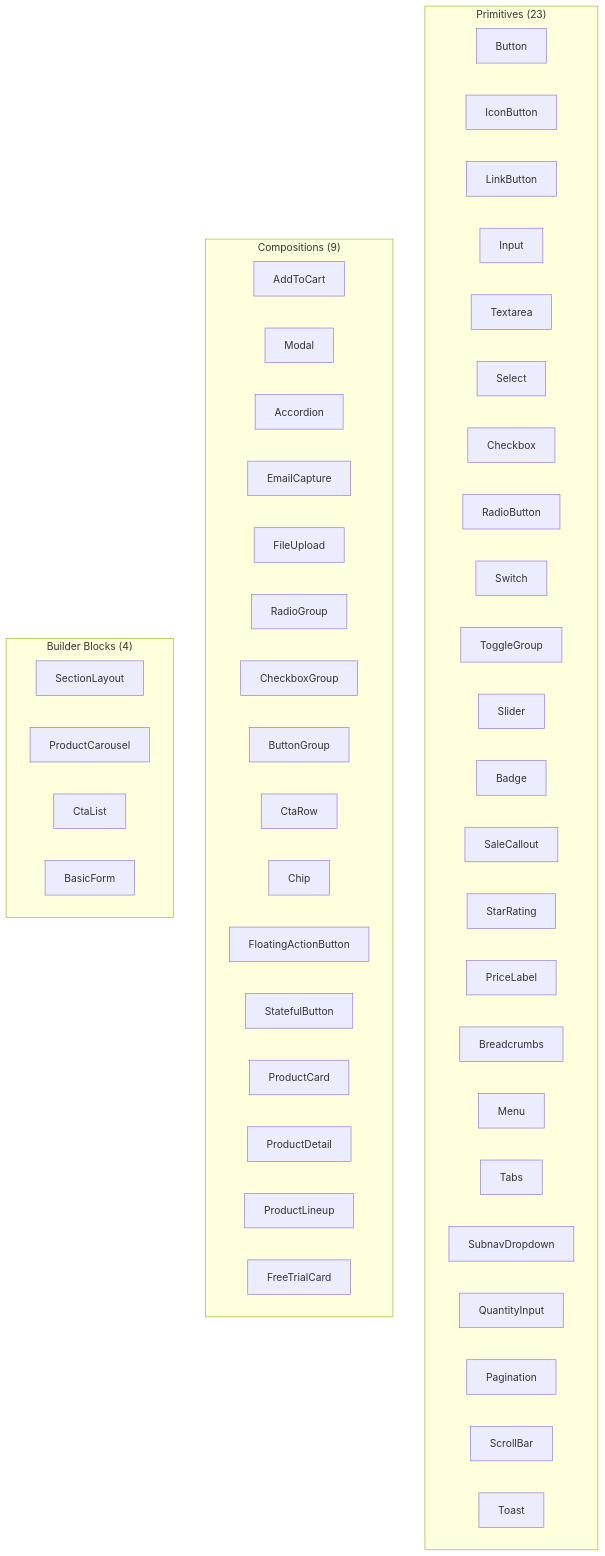
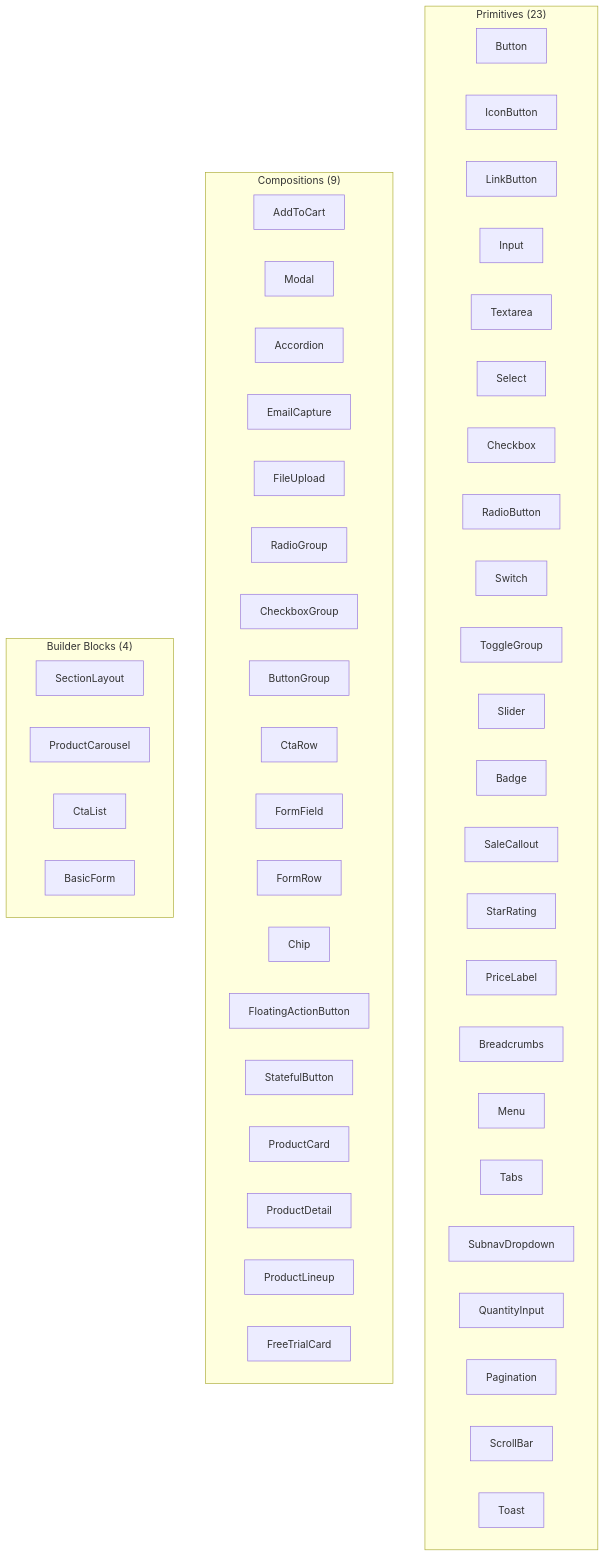
The first of 2 diagrams in inventory/docs/08-taxonomy.md (calebn/design-system-theme-evolution), drawn with Mermaid before and after one commit. The commit also changed other lines of this file and 10 other files, not shown here.

Commit message:
Add FormField and FormRow compositions for form field context and multi-column layouts.

````diff
--- a/inventory/docs/08-taxonomy.md
+++ b/inventory/docs/08-taxonomy.md
@@ -17,52 +17,54 @@
 ```mermaid
 graph TD
   subgraph primitives ["Primitives (23)"]
     Button["Button"]
     IconButton["IconButton"]
     LinkButton["LinkButton"]
     Input["Input"]
     Textarea["Textarea"]
     Select["Select"]
     Checkbox["Checkbox"]
     RadioButton["RadioButton"]
     Switch["Switch"]
     ToggleGroup["ToggleGroup"]
     Slider["Slider"]
     Badge["Badge"]
     SaleCallout["SaleCallout"]
     StarRating["StarRating"]
     PriceLabel["PriceLabel"]
     Breadcrumbs["Breadcrumbs"]
     Menu["Menu"]
     Tabs["Tabs"]
     SubnavDropdown["SubnavDropdown"]
     QuantityInput["QuantityInput"]
     Pagination["Pagination"]
     ScrollBar["ScrollBar"]
     Toast["Toast"]
   end
   subgraph compositions ["Compositions (9)"]
     AddToCart["AddToCart"]
     Modal["Modal"]
     Accordion["Accordion"]
     EmailCapture["EmailCapture"]
     FileUpload["FileUpload"]
     RadioGroup["RadioGroup"]
     CheckboxGroup["CheckboxGroup"]
     ButtonGroup["ButtonGroup"]
     CtaRow["CtaRow"]
+    FormField["FormField"]
+    FormRow["FormRow"]
     Chip["Chip"]
     FloatingActionButton["FloatingActionButton"]
     StatefulButton["StatefulButton"]
     ProductCard["ProductCard"]
     ProductDetail["ProductDetail"]
     ProductLineup["ProductLineup"]
     FreeTrialCard["FreeTrialCard"]
   end
   subgraph builderBlocks ["Builder Blocks (4)"]
     SectionLayout["SectionLayout"]
     ProductCarousel["ProductCarousel"]
     CtaList["CtaList"]
     BasicForm["BasicForm"]
   end
 ```
````
